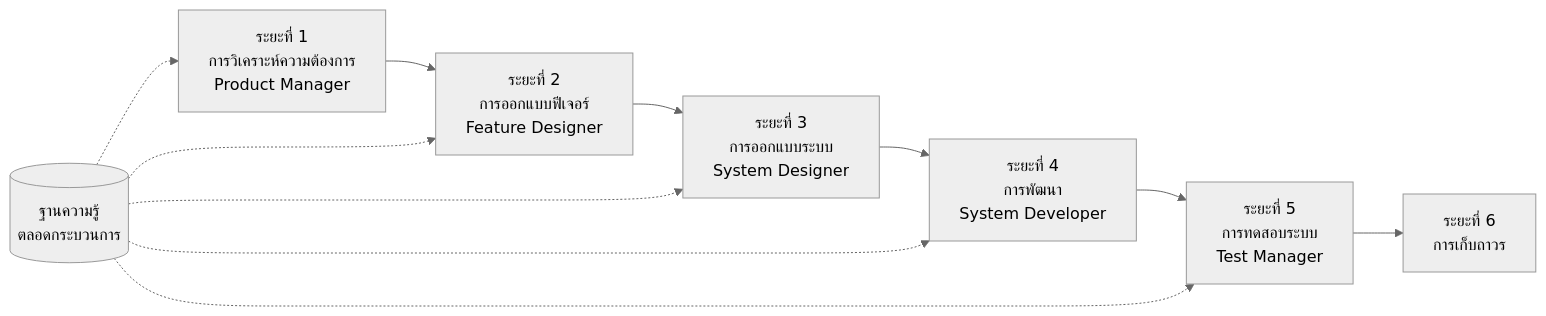
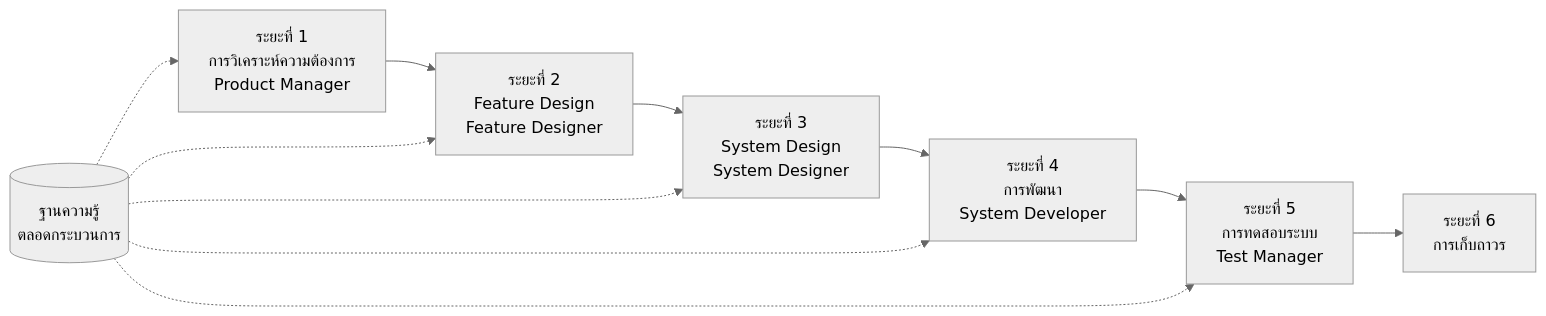
The diagram in docs/GETTING-STARTED.th.md (charlesmu99/speccrew), drawn with Mermaid (neutral theme) before and after one commit. The commit also changed other lines of this file and 32 other files, not shown here.

````diff
--- a/docs/GETTING-STARTED.th.md
+++ b/docs/GETTING-STARTED.th.md
@@ -70,14 +144,14 @@
 ```mermaid
 flowchart LR
-    PRD[ระยะที่ 1<br/>การวิเคราะห์ความต้องการ<br/>Product Manager] --> FD[ระยะที่ 2<br/>การออกแบบฟีเจอร์<br/>Feature Designer]
-    FD --> SD[ระยะที่ 3<br/>การออกแบบระบบ<br/>System Designer]
+    PRD[ระยะที่ 1<br/>การวิเคราะห์ความต้องการ<br/>Product Manager] --> FD[ระยะที่ 2<br/>Feature Design<br/>Feature Designer]
+    FD --> SD[ระยะที่ 3<br/>System Design<br/>System Designer]
     SD --> DEV[ระยะที่ 4<br/>การพัฒนา<br/>System Developer]
     DEV --> TEST[ระยะที่ 5<br/>การทดสอบระบบ<br/>Test Manager]
     TEST --> ARCHIVE[ระยะที่ 6<br/>การเก็บถาวร]
     
     KB[(ฐานความรู้<br/>ตลอดกระบวนการ)] -.-> PRD
     KB -.-> FD
     KB -.-> SD
     KB -.-> DEV
     KB -.-> TEST
 ```
````
